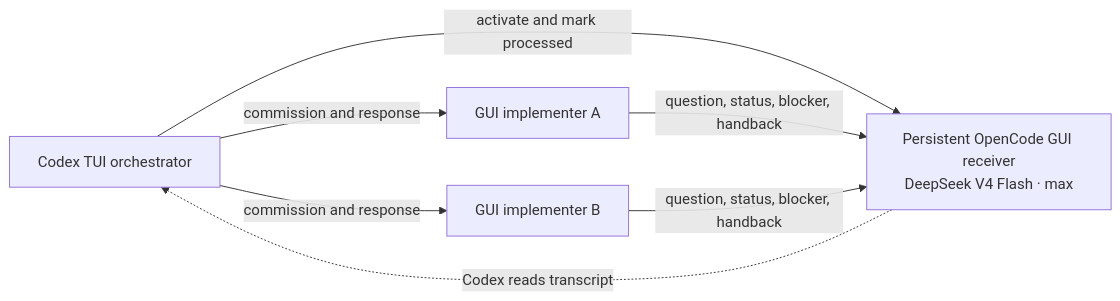
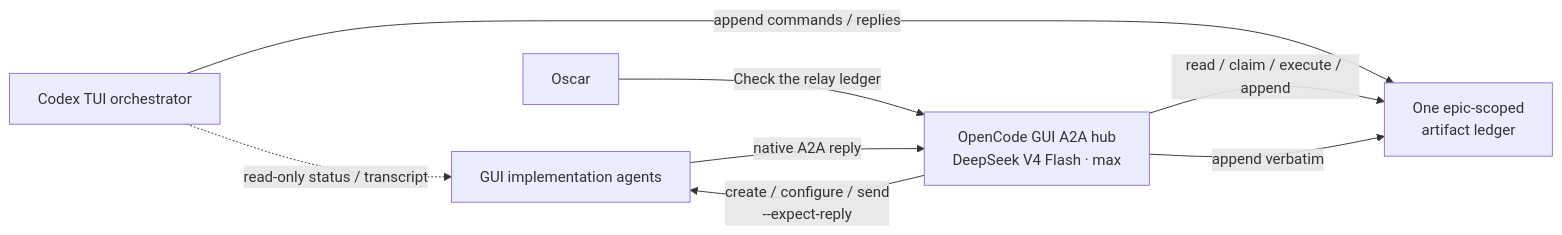
One commit to wedmoreoscar-blip/DrinkSmart changed the diagram in docs/agent_setup/CODEX_TUI_MESSAGE_RELAY.md. Above: the diagram before and after it, drawn with Mermaid. The commit also changed other lines of this file and 11 other files, not shown here.

Commit message:
feat(workflow): replace Codex TUI relay with artifact hub

````diff
--- a/docs/agent_setup/CODEX_TUI_MESSAGE_RELAY.md
+++ b/docs/agent_setup/CODEX_TUI_MESSAGE_RELAY.md
@@ -35,9 +16,10 @@
 ```mermaid
 flowchart LR
-  O["Codex TUI orchestrator"] -->|"commission and response"| I1["GUI implementer A"]
-  O -->|"commission and response"| I2["GUI implementer B"]
-  O -->|"activate and mark processed"| R["Persistent OpenCode GUI receiver\nDeepSeek V4 Flash · max"]
-  I1 -->|"question, status, blocker, handback"| R
-  I2 -->|"question, status, blocker, handback"| R
-  R -.->|"Codex reads transcript"| O
+  C["Codex TUI orchestrator"] -->|"append commands / replies"| L["One epic-scoped\nartifact ledger"]
+  U["Oscar"] -->|"Check the relay ledger"| H["OpenCode GUI A2A hub\nDeepSeek V4 Flash · max"]
+  H -->|"read / claim / execute / append"| L
+  H -->|"create / configure / send\n--expect-reply"| I["GUI implementation agents"]
+  I -->|"native A2A reply"| H
+  H -->|"append verbatim"| L
+  C -.->|"read-only status / transcript"| I
 ```
````
